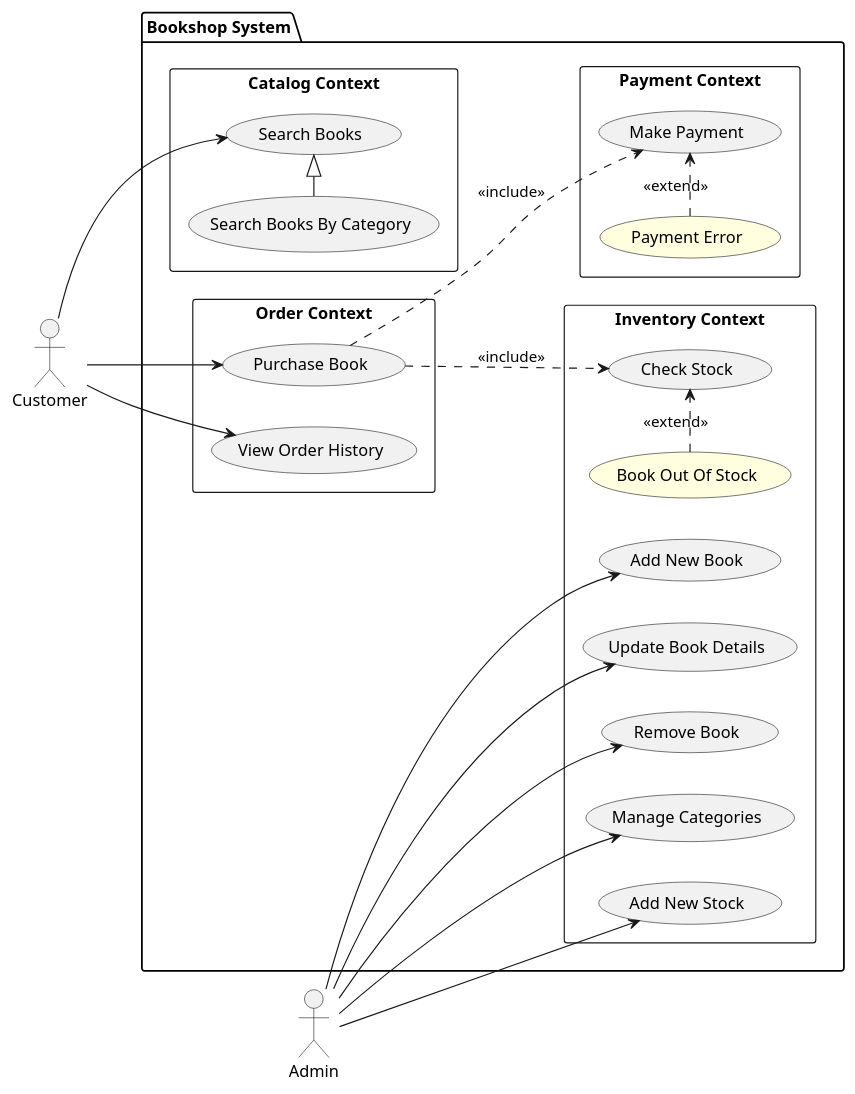
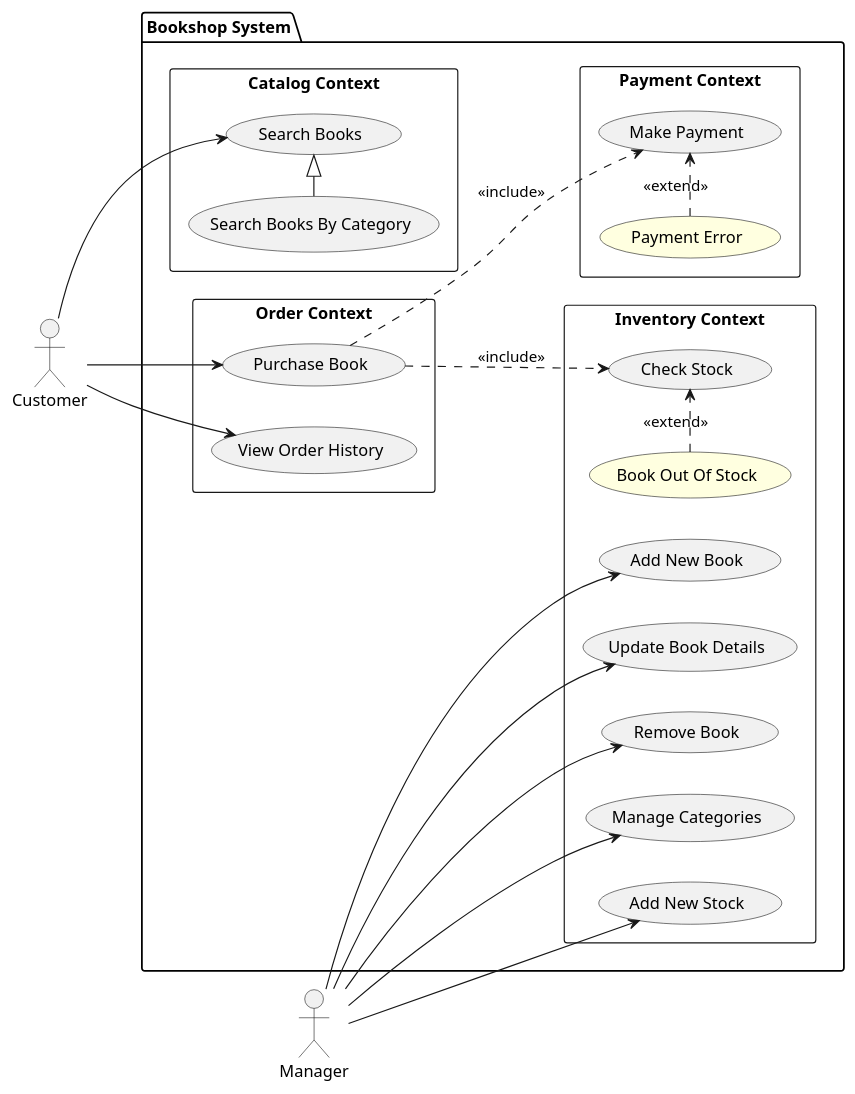
The diagram in docs/architecture/use-case-diagrams/overview.puml (mikelgoig/php-microservice-example), drawn with PlantUML before and after one commit. The commit also changed 1 other file, not shown here.

Commit message:
docs: update Admin role to Manager in use-case diagram

```diff
--- a/docs/architecture/use-case-diagrams/overview.puml
+++ b/docs/architecture/use-case-diagrams/overview.puml
@@ -1,49 +1,49 @@
 @startuml overview
 left to right direction
 
 actor Customer
-actor Admin
+actor Manager
 
 package "Bookshop System" {
     rectangle "Inventory Context" {
         usecase "Add New Book"
         usecase "Update Book Details"
         usecase "Remove Book"
         usecase "Manage Categories"
         usecase "Add New Stock"
         usecase "Check Stock"
         usecase "Book Out Of Stock" #lightyellow
         "Book Out Of Stock" .right.> "Check Stock" : <<extend>>
     }
 
     rectangle "Catalog Context" {
         usecase "Search Books"
         usecase "Search Books By Category"
         "Search Books By Category" -right-|> "Search Books"
     }
 
     rectangle "Order Context" {
         usecase "Purchase Book"
         usecase "View Order History"
     }
 
     rectangle "Payment Context" {
         usecase "Make Payment"
         usecase "Payment Error" #lightyellow
         "Payment Error" .right.> "Make Payment" : <<extend>>
     }
 }
 
-Admin --> "Add New Book"
-Admin --> "Update Book Details"
-Admin --> "Remove Book"
-Admin --> "Add New Stock"
-Admin --> "Manage Categories"
+Manager --> "Add New Book"
+Manager --> "Update Book Details"
+Manager --> "Remove Book"
+Manager --> "Add New Stock"
+Manager --> "Manage Categories"
 
 Customer --> "Search Books"
 
 Customer --> "Purchase Book"
 "Purchase Book" ..> "Check Stock" : <<include>>
 "Purchase Book" ..> "Make Payment" : <<include>>
 Customer --> "View Order History"
 @enduml
```
